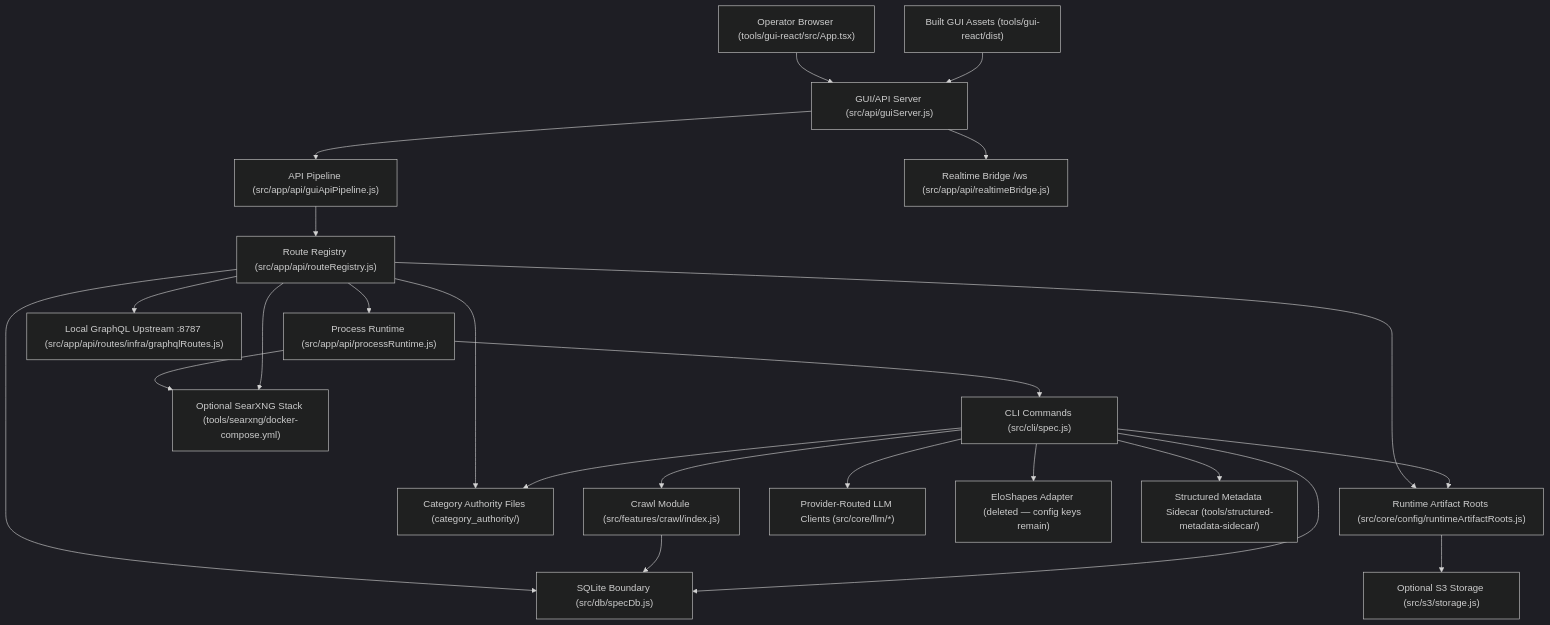
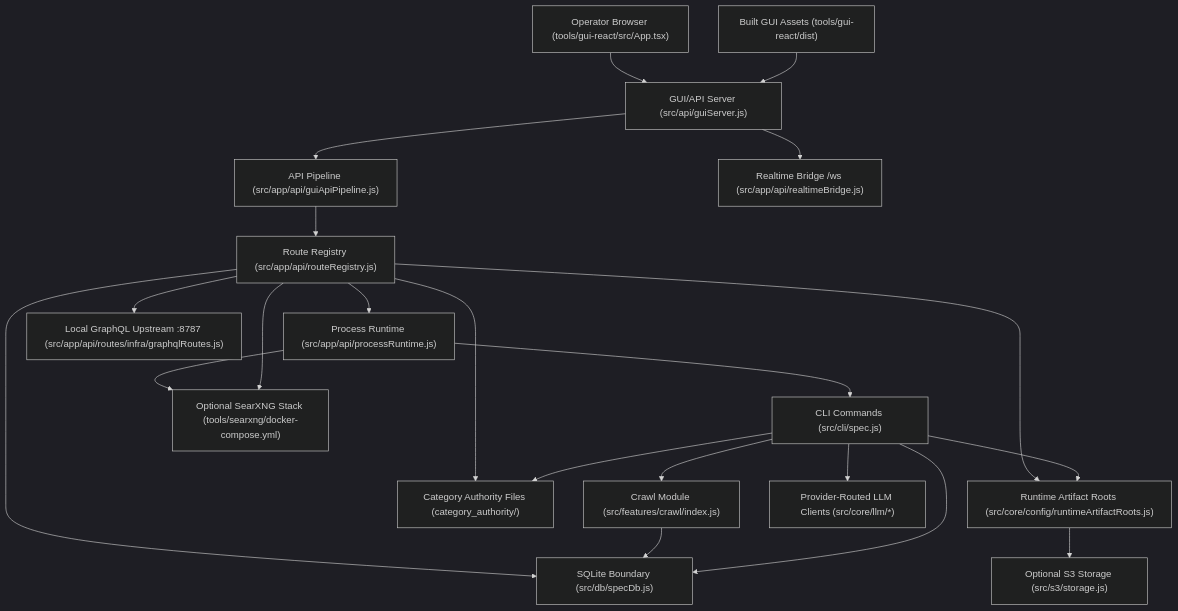
Before and after one commit to CdubVentures/Spec-Factory: the diagram in docs/03-architecture/system-map.md, drawn with Mermaid (dark theme). The commit also changed other lines of this file and 413 other files, not shown here.

````diff
--- a/docs/03-architecture/system-map.md
+++ b/docs/03-architecture/system-map.md
@@ -7,44 +7,40 @@
 ```mermaid
 graph TD
   Browser["Operator Browser (tools/gui-react/src/App.tsx)"]
   GuiBuild["Built GUI Assets (tools/gui-react/dist)"]
   GuiServer["GUI/API Server (src/api/guiServer.js)"]
   Pipeline["API Pipeline (src/app/api/guiApiPipeline.js)"]
   Routes["Route Registry (src/app/api/routeRegistry.js)"]
   Realtime["Realtime Bridge /ws (src/app/api/realtimeBridge.js)"]
   Proc["Process Runtime (src/app/api/processRuntime.js)"]
   Cli["CLI Commands (src/cli/spec.js)"]
   Crawl["Crawl Module (src/features/crawl/index.js)"]
   SpecDb["SQLite Boundary (src/db/specDb.js)"]
   Authority["Category Authority Files (category_authority/)"]
   Output["Runtime Artifact Roots (src/core/config/runtimeArtifactRoots.js)"]
   S3["Optional S3 Storage (src/s3/storage.js)"]
   Searxng["Optional SearXNG Stack (tools/searxng/docker-compose.yml)"]
   Graphql["Local GraphQL Upstream :8787 (src/app/api/routes/infra/graphqlRoutes.js)"]
   Llm["Provider-Routed LLM Clients (src/core/llm/*)"]
-  Elo["EloShapes Adapter (deleted — config keys remain)"]
-  Sidecar["Structured Metadata Sidecar (tools/structured-metadata-sidecar/)"]
 
   Browser --> GuiServer
   GuiBuild --> GuiServer
   GuiServer --> Pipeline
   Pipeline --> Routes
   GuiServer --> Realtime
   Routes --> SpecDb
   Routes --> Authority
   Routes --> Output
   Routes --> Proc
   Proc --> Cli
   Cli --> Crawl
   Crawl --> SpecDb
   Cli --> SpecDb
   Cli --> Authority
   Cli --> Output
   Cli --> Llm
-  Cli --> Elo
-  Cli --> Sidecar
   Proc --> Searxng
   Routes --> Searxng
   Routes --> Graphql
   Output --> S3
 ```
````
